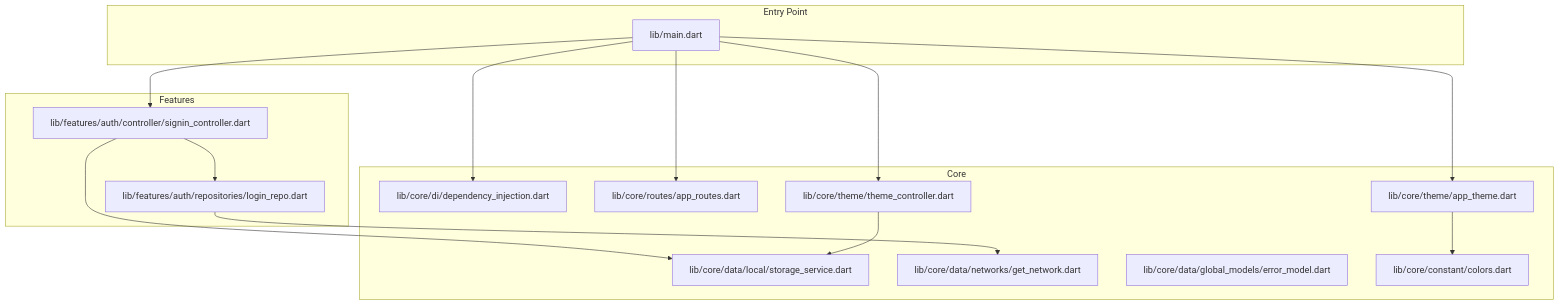
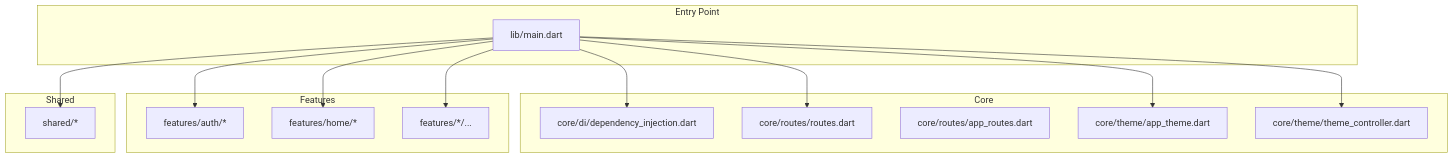
The first of 8 diagrams in .qoder/repowiki/en/content/Architecture Overview/Architecture Overview.md (Ariful3111/FurniGo), drawn with Mermaid before and after one commit. The commit also changed other lines of this file and 115 other files, not shown here.

````diff
--- a/.qoder/repowiki/en/content/Architecture Overview/Architecture Overview.md
+++ b/.qoder/repowiki/en/content/Architecture Overview/Architecture Overview.md
@@ -38,30 +41,29 @@
 ```mermaid
 graph TB
 subgraph "Entry Point"
 M["lib/main.dart"]
 end
 subgraph "Core"
-DI["lib/core/di/dependency_injection.dart"]
-RT["lib/core/routes/app_routes.dart"]
-TH["lib/core/theme/app_theme.dart"]
-TC["lib/core/theme/theme_controller.dart"]
-LS["lib/core/data/local/storage_service.dart"]
-GN["lib/core/data/networks/get_network.dart"]
-EM["lib/core/data/global_models/error_model.dart"]
-CL["lib/core/constant/colors.dart"]
+DI["core/di/dependency_injection.dart"]
+RT["core/routes/routes.dart"]
+AR["core/routes/app_routes.dart"]
+TH["core/theme/app_theme.dart"]
+TC["core/theme/theme_controller.dart"]
 end
 subgraph "Features"
-AC["lib/features/auth/controller/signin_controller.dart"]
-AR["lib/features/auth/repositories/login_repo.dart"]
+AUTH["features/auth/*"]
+HOME["features/home/*"]
+OTHERS["features/*/..."]
+end
+subgraph "Shared"
+SHARED["shared/*"]
 end
 M --> DI
 M --> RT
 M --> TH
 M --> TC
-M --> AC
-AC --> AR
-AC --> LS
-AR --> GN
-TC --> LS
-TH --> CL
+M --> AUTH
+M --> HOME
+M --> OTHERS
+M --> SHARED
 ```
````
